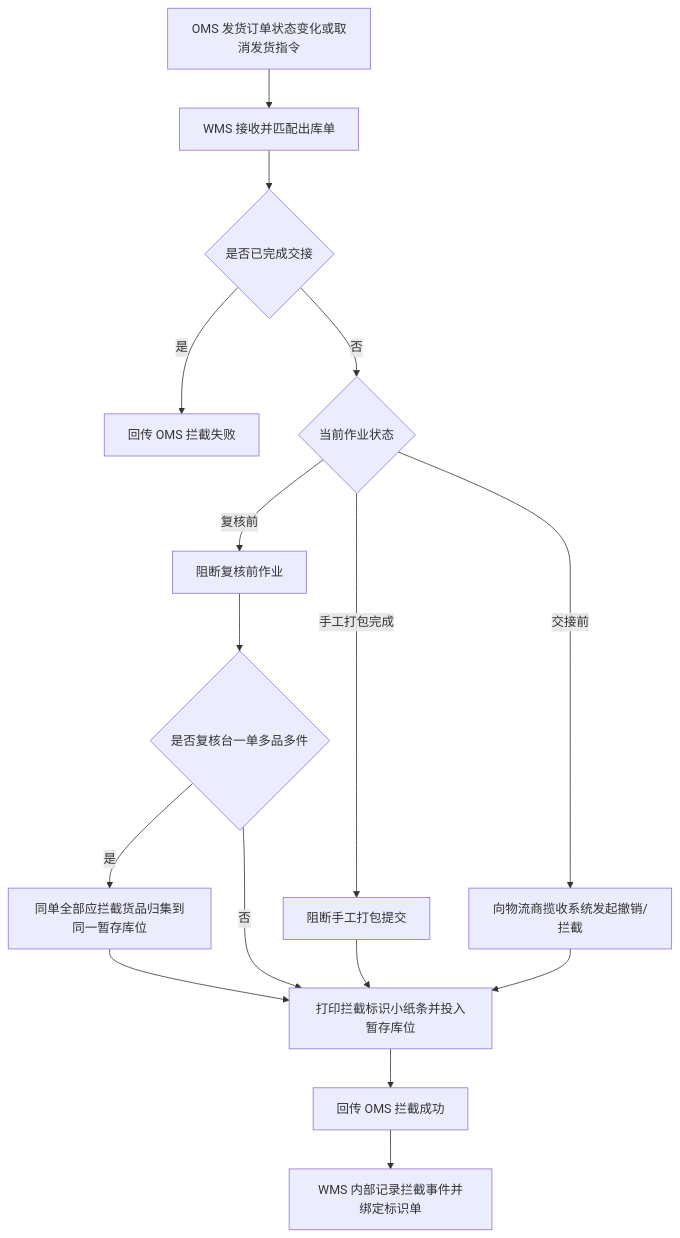
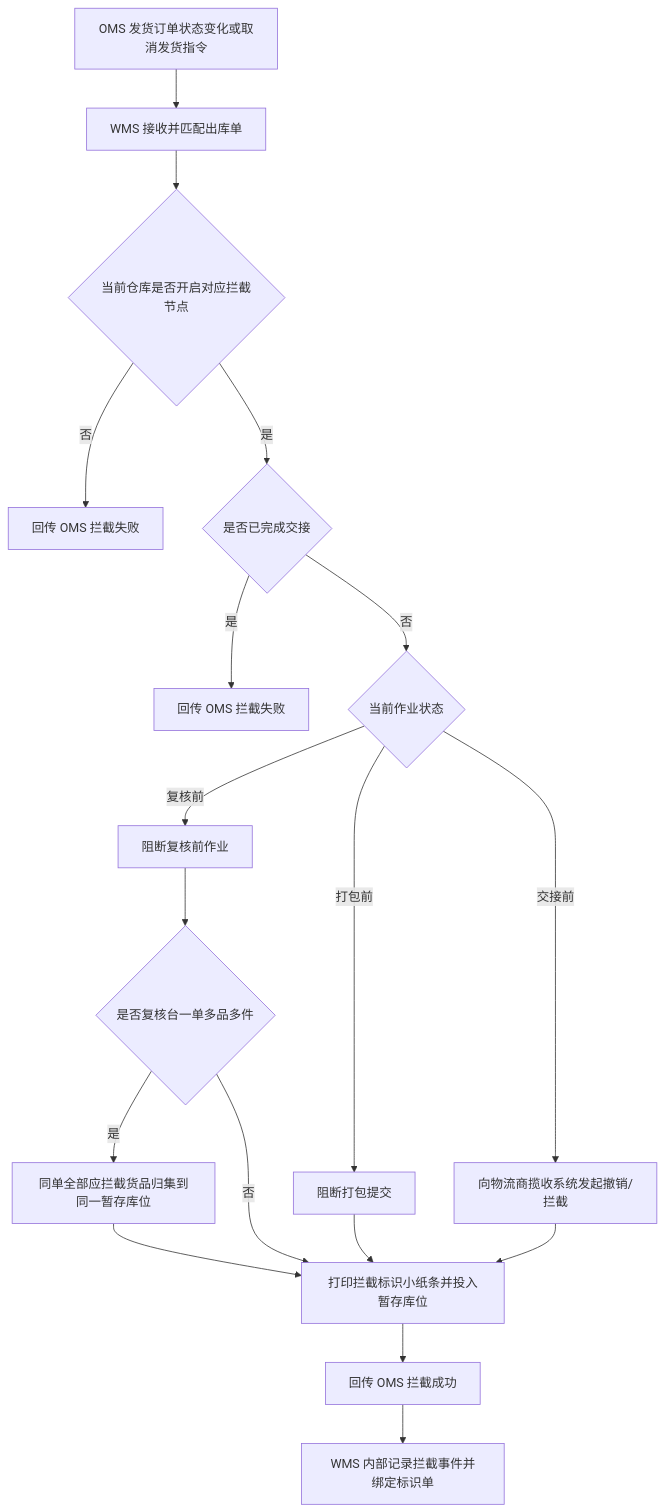
Before and after one commit to ChenXiang1988/Supply-Chain-Knowledge-Repository-: the diagram in example/xzy/03Warehouse Management System/00Requirements/Outbound Interception Requirements.md, drawn with Mermaid. The commit also changed other lines of this file and 9 other files, not shown here.

````diff
--- a/example/xzy/03Warehouse Management System/00Requirements/Outbound Interception Requirements.md
+++ b/example/xzy/03Warehouse Management System/00Requirements/Outbound Interception Requirements.md
@@ -185,18 +205,20 @@
 ```mermaid
 flowchart TD
     A[OMS 发货订单状态变化或取消发货指令] --> B[WMS 接收并匹配出库单]
-    B --> C{是否已完成交接}
-    C -- 是 --> X[回传 OMS 拦截失败]
-    C -- 否 --> D{当前作业状态}
-    D -- 复核前 --> E1[阻断复核前作业]
-    D -- 手工打包完成 --> E2[阻断手工打包提交]
-    D -- 交接前 --> E3[向物流商揽收系统发起撤销/拦截]
+    B --> C{当前仓库是否开启对应拦截节点}
+    C -- 否 --> X[回传 OMS 拦截失败]
+    C -- 是 --> D{是否已完成交接}
+    D -- 是 --> Y[回传 OMS 拦截失败]
+    D -- 否 --> E{当前作业状态}
+    E -- 复核前 --> E1[阻断复核前作业]
+    E -- 打包前 --> E2[阻断打包提交]
+    E -- 交接前 --> E3[向物流商揽收系统发起撤销/拦截]
     E1 --> G{是否复核台一单多品多件}
     G -- 是 --> H[同单全部应拦截货品归集到同一暂存库位]
     H --> P[打印拦截标识小纸条并投入暂存库位]
     G -- 否 --> P
     E2 --> P
     E3 --> P
     P --> S[回传 OMS 拦截成功]
     S --> F[WMS 内部记录拦截事件并绑定标识单]
 ```
````
